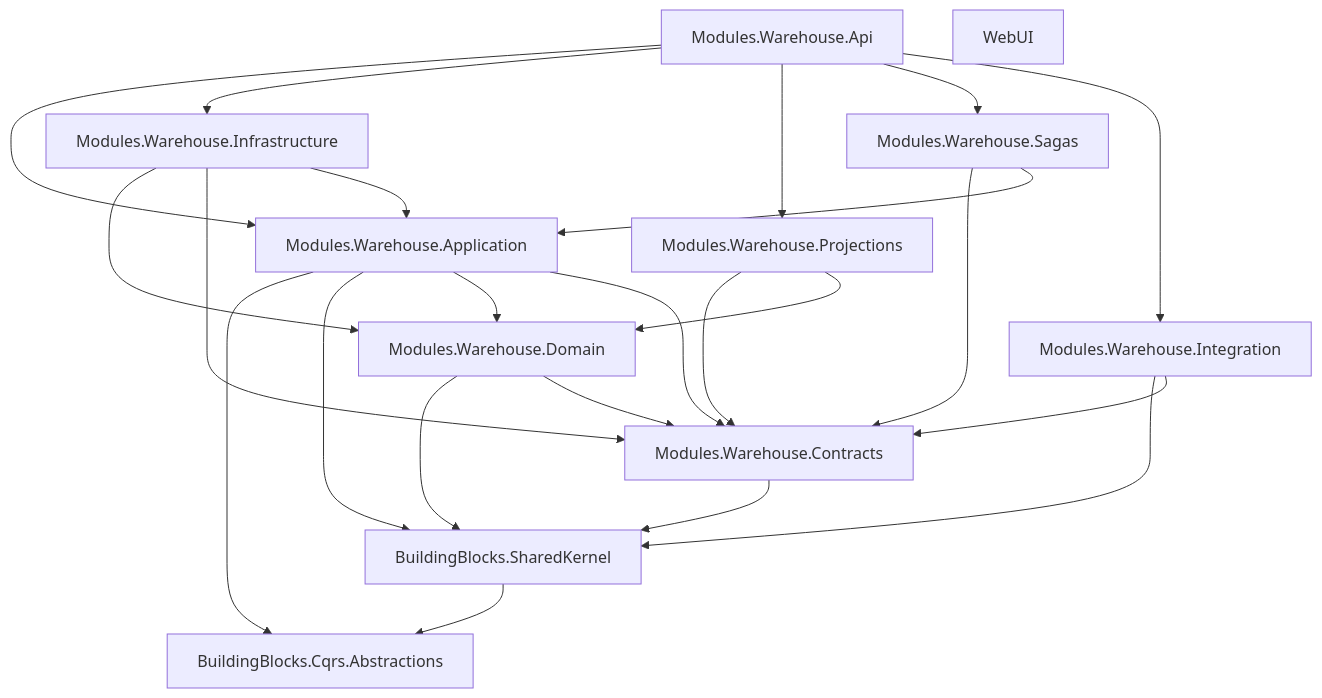
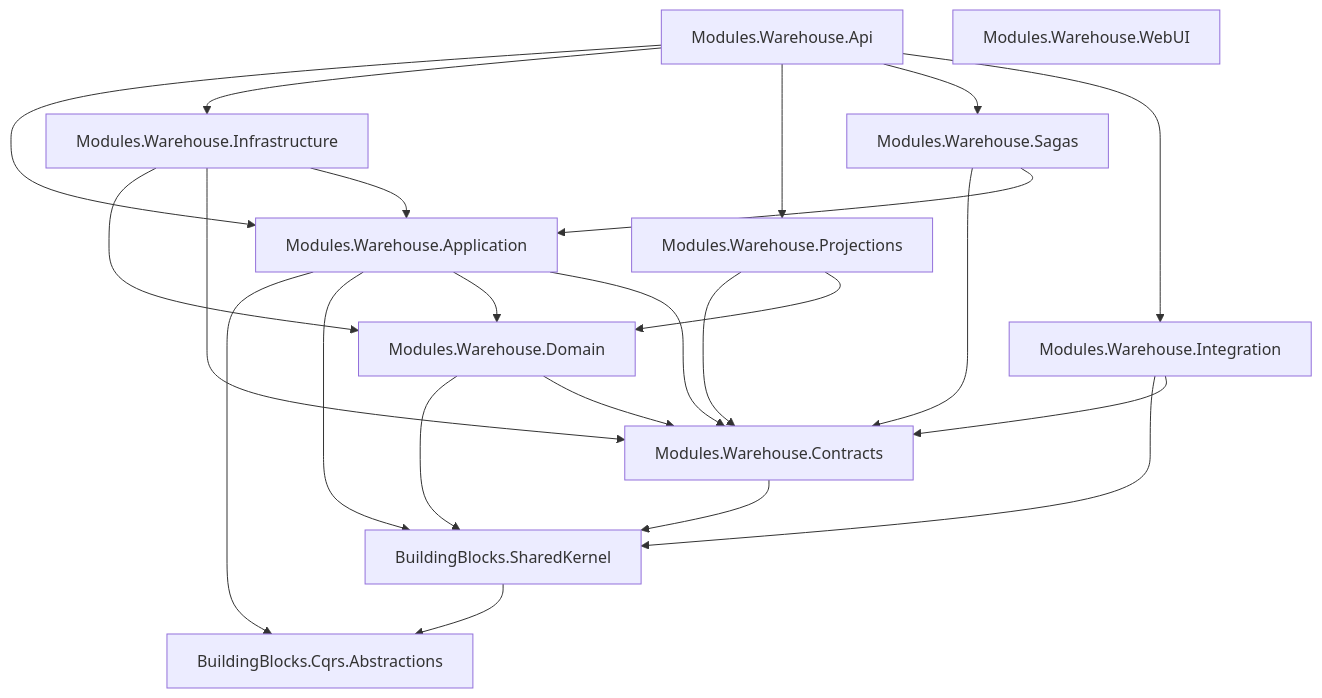
One commit to lauresta/lkvitai-mes changed the diagram in src/SOLUTION_STRUCTURE.md. Above: the diagram before and after it, drawn with Mermaid. The commit also changed other lines of this file, not shown here.

Commit message:
docs: update SOLUTION_STRUCTURE.md for WebUI module rename

````diff
--- a/src/SOLUTION_STRUCTURE.md
+++ b/src/SOLUTION_STRUCTURE.md
@@ -65,37 +65,37 @@
 ```mermaid
 graph TD
     CQRS[BuildingBlocks.Cqrs.Abstractions]
     SK[BuildingBlocks.SharedKernel]
     C[Modules.Warehouse.Contracts]
     D[Modules.Warehouse.Domain]
     APP[Modules.Warehouse.Application]
     INF[Modules.Warehouse.Infrastructure]
     INT[Modules.Warehouse.Integration]
     PRJ[Modules.Warehouse.Projections]
     SAG[Modules.Warehouse.Sagas]
     API[Modules.Warehouse.Api]
-    WEB[WebUI]
+    WEB[Modules.Warehouse.WebUI]
 
     SK --> CQRS
     C --> SK
     D --> SK
     D --> C
     APP --> CQRS
     APP --> SK
     APP --> D
     APP --> C
     INF --> D
     INF --> C
     INF --> APP
     INT --> SK
     INT --> C
     PRJ --> C
     PRJ --> D
     SAG --> C
     SAG --> APP
     API --> APP
     API --> INF
     API --> PRJ
     API --> SAG
     API --> INT
 ```
````
